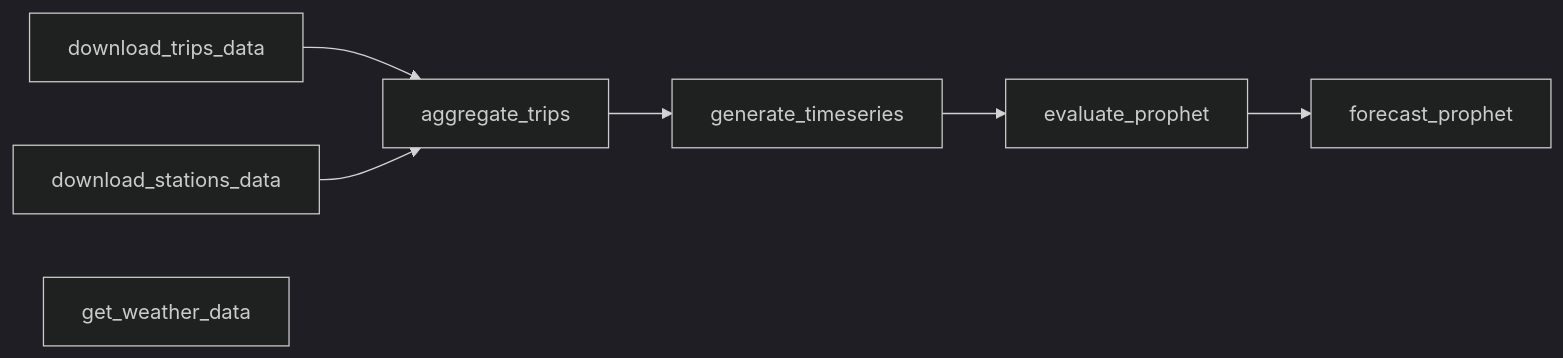
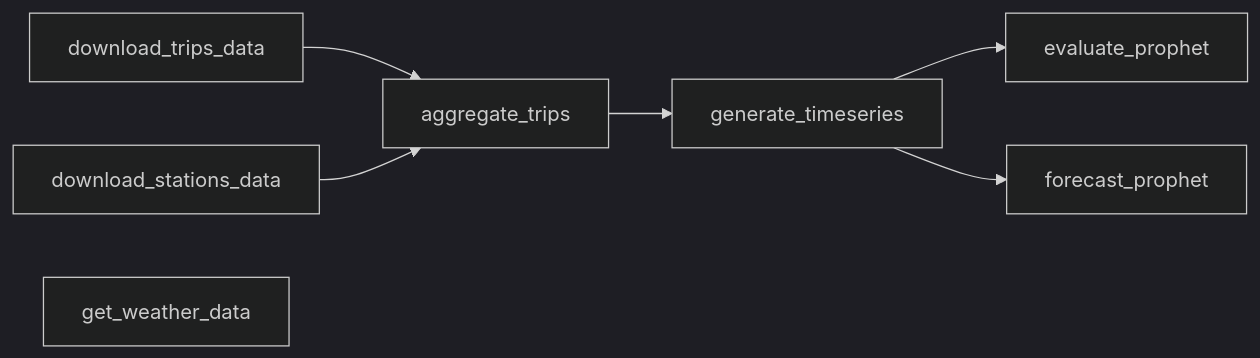
The diagram in README.md (jcruz-ferreyra/bluebikes-analysis), drawn with Mermaid (dark theme) before and after one commit. The commit also changed other lines of this file, not shown here.

First line of the commit message:
[Claude] docs: document exclusive morning window and parallel prophet tasks

````diff
--- a/README.md
+++ b/README.md
@@ -76,9 +76,9 @@
 ```mermaid
 flowchart LR
     A[download_trips_data] --> D[aggregate_trips]
     B[download_stations_data] --> D
     D --> E[generate_timeseries]
     E --> F[evaluate_prophet]
-    F --> G[forecast_prophet]
+    E --> G[forecast_prophet]
     C[get_weather_data]
 ```
````
